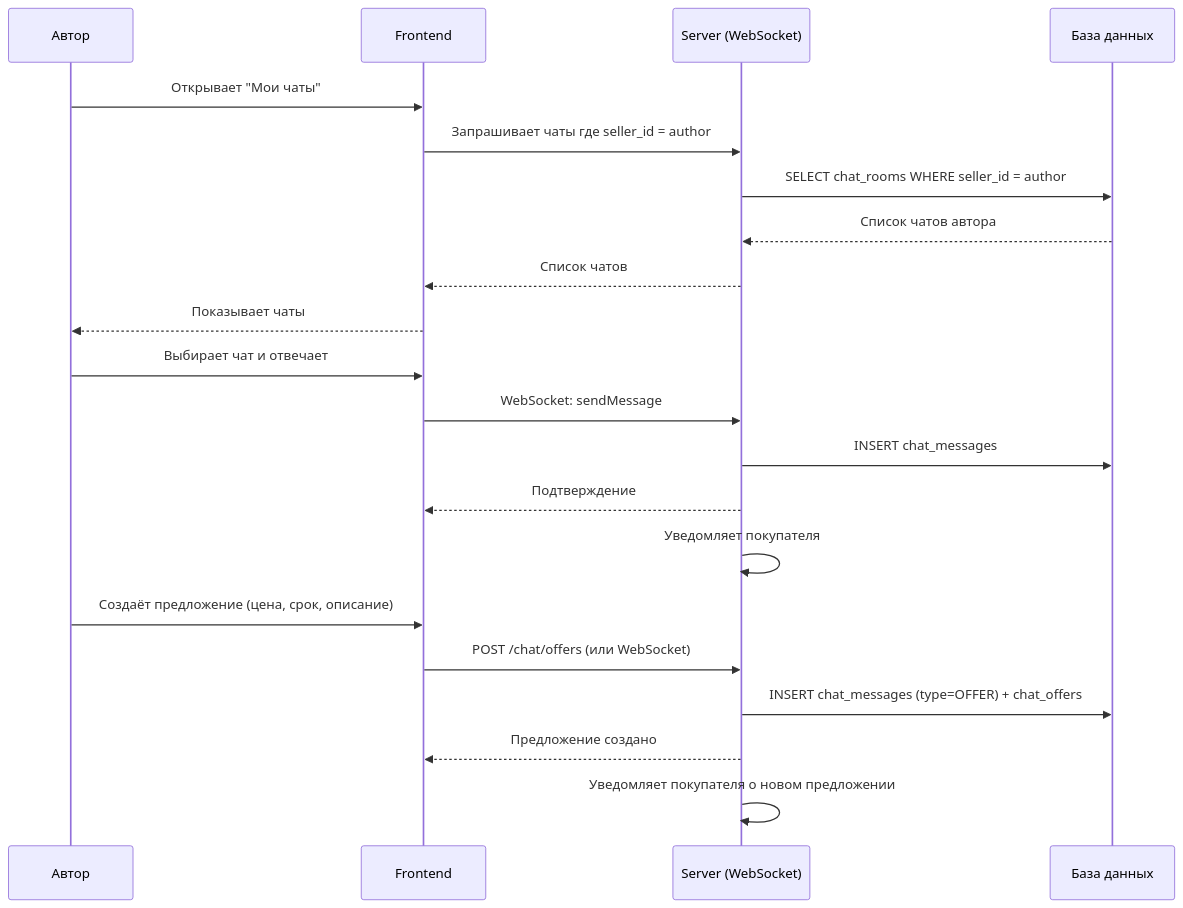
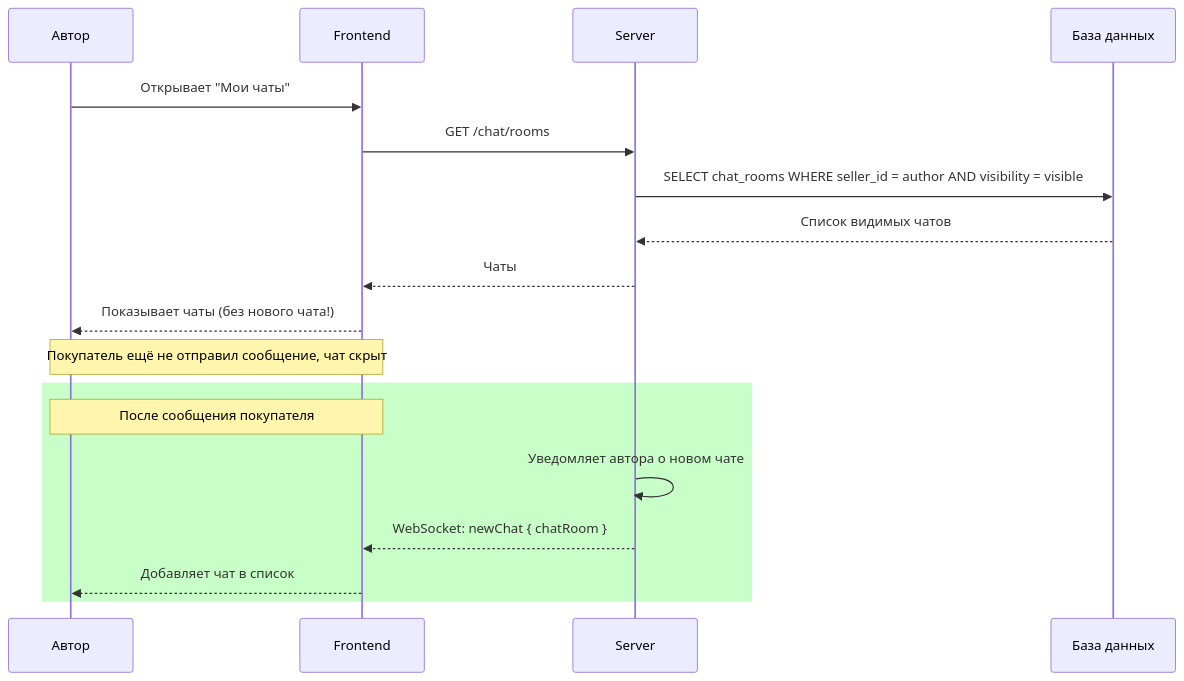
Before and after one commit to taofi/diplom_project: the third of 3 diagrams in plans/chat-messaging-module-plan.md, drawn with Mermaid. The commit also changed other lines of this file and 27 other files, not shown here.

````diff
--- a/plans/chat-messaging-module-plan.md
+++ b/plans/chat-messaging-module-plan.md
@@ -121,26 +385,23 @@
 ```mermaid
 sequenceDiagram
     participant A as Автор
     participant F as Frontend
-    participant S as Server (WebSocket)
+    participant S as Server
     participant DB as База данных
 
     A->>F: Открывает "Мои чаты"
-    F->>S: Запрашивает чаты где seller_id = author
-    S->>DB: SELECT chat_rooms WHERE seller_id = author
-    DB-->>S: Список чатов автора
-    S-->>F: Список чатов
-    F-->>A: Показывает чаты
-
-    A->>F: Выбирает чат и отвечает
-    F->>S: WebSocket: sendMessage
-    S->>DB: INSERT chat_messages
-    S-->>F: Подтверждение
-    S->>S: Уведомляет покупателя
-
-    A->>F: Создаёт предложение (цена, срок, описание)
-    F->>S: POST /chat/offers (или WebSocket)
-    S->>DB: INSERT chat_messages (type=OFFER) + chat_offers
-    S-->>F: Предложение создано
-    S->>S: Уведомляет покупателя о новом предложении
+    F->>S: GET /chat/rooms
+    S->>DB: SELECT chat_rooms WHERE seller_id = author AND visibility = visible
+    DB-->>S: Список видимых чатов
+    S-->>F: Чаты
+    F-->>A: Показывает чаты (без нового чата!)
+    
+    Note over A,F: Покупатель ещё не отправил сообщение, чат скрыт
+    
+    rect rgb(200, 255, 200)
+    Note over A,F: После сообщения покупателя
+    S->>S: Уведомляет автора о новом чате
+    S-->>F: WebSocket: newChat { chatRoom }
+    F-->>A: Добавляет чат в список
+    end
 ```
````
